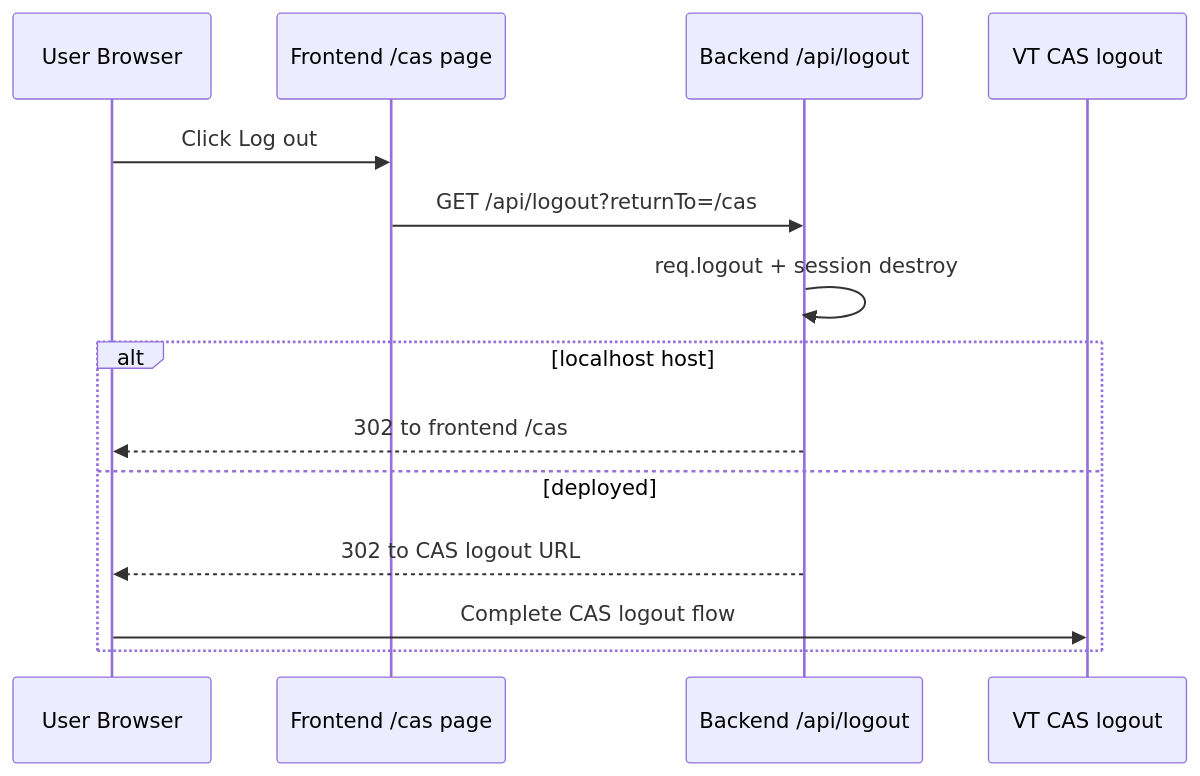
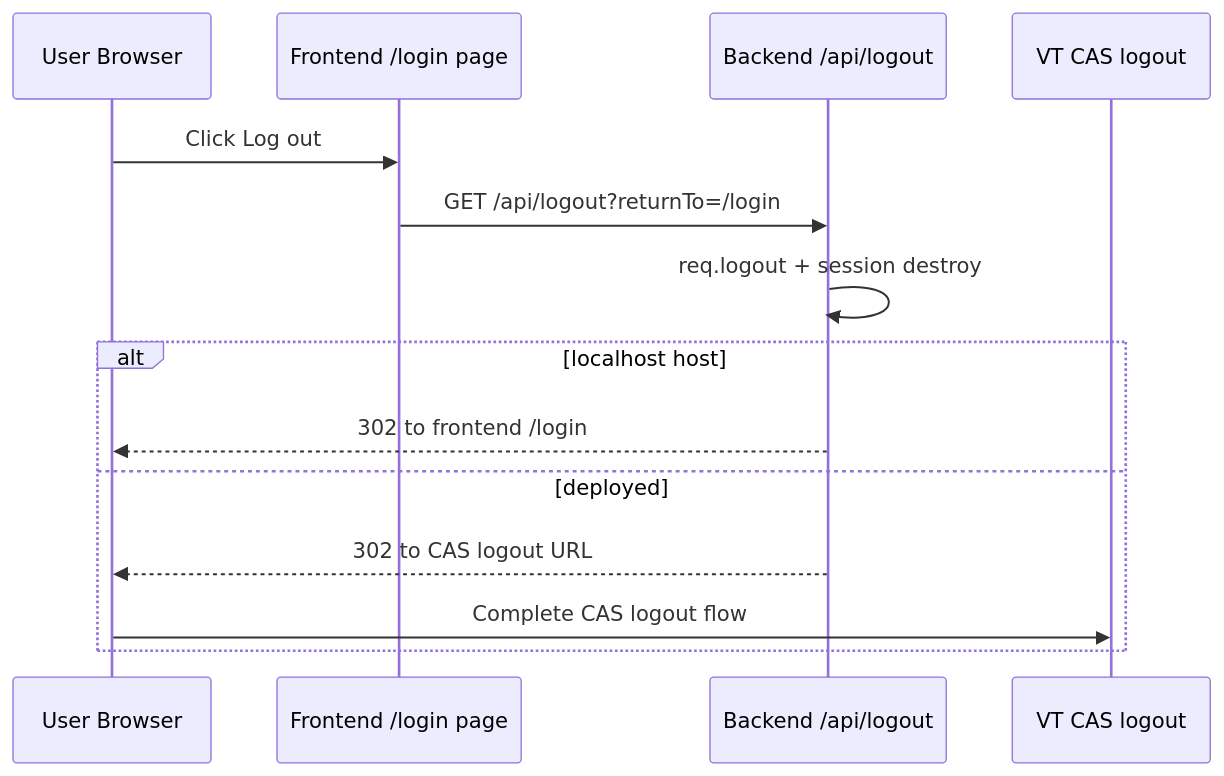
One commit to CoderMan73/ezspot changed the third of 3 diagrams in docs/Auth.md. Above: the diagram before and after it, drawn with Mermaid. The commit also changed other lines of this file and 4 other files, not shown here.

````diff
--- a/docs/Auth.md
+++ b/docs/Auth.md
@@ -76,18 +76,18 @@
 ```mermaid
 sequenceDiagram
     participant User as User Browser
-    participant FE as Frontend /cas page
+    participant FE as Frontend /login page
     participant BE as Backend /api/logout
     participant CAS as VT CAS logout
 
     User->>FE: Click Log out
-    FE->>BE: GET /api/logout?returnTo=/cas
+    FE->>BE: GET /api/logout?returnTo=/login
     BE->>BE: req.logout + session destroy
 
     alt localhost host
-      BE-->>User: 302 to frontend /cas
+      BE-->>User: 302 to frontend /login
     else deployed
       BE-->>User: 302 to CAS logout URL
       User->>CAS: Complete CAS logout flow
     end
 ```
````
